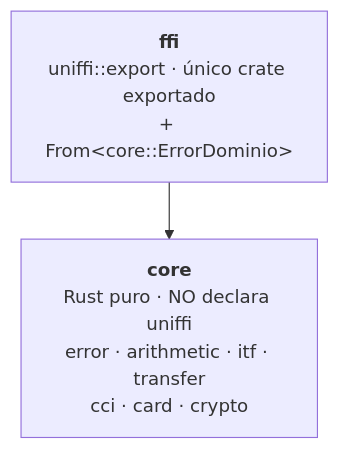
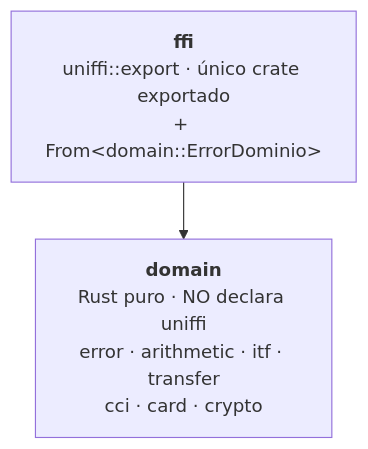
One commit to tohure/rust-core-cross-app changed the diagram in docs/superpowers/specs/2026-09-08-phase-1-rust-core-design.md. Above: the diagram before and after it, drawn with Mermaid. The commit also changed other lines of this file and 1 other file, not shown here.

First line of the commit message:
docs(rust-core): renombrar el crate puro a domain y corregir dos chequeos del plan

````diff
--- a/docs/superpowers/specs/2026-09-08-phase-1-rust-core-design.md
+++ b/docs/superpowers/specs/2026-09-08-phase-1-rust-core-design.md
@@ -38,6 +46,6 @@
 ```mermaid
 graph TD
-    ffi["<b>ffi</b><br/>uniffi::export · único crate exportado<br/>+ From&lt;core::ErrorDominio&gt;"]
-    core["<b>core</b><br/>Rust puro · NO declara uniffi<br/>error · arithmetic · itf · transfer<br/>cci · card · crypto"]
-    ffi --> core
+    ffi["<b>ffi</b><br/>uniffi::export · único crate exportado<br/>+ From&lt;domain::ErrorDominio&gt;"]
+    domain["<b>domain</b><br/>Rust puro · NO declara uniffi<br/>error · arithmetic · itf · transfer<br/>cci · card · crypto"]
+    ffi --> domain
 ```
````
